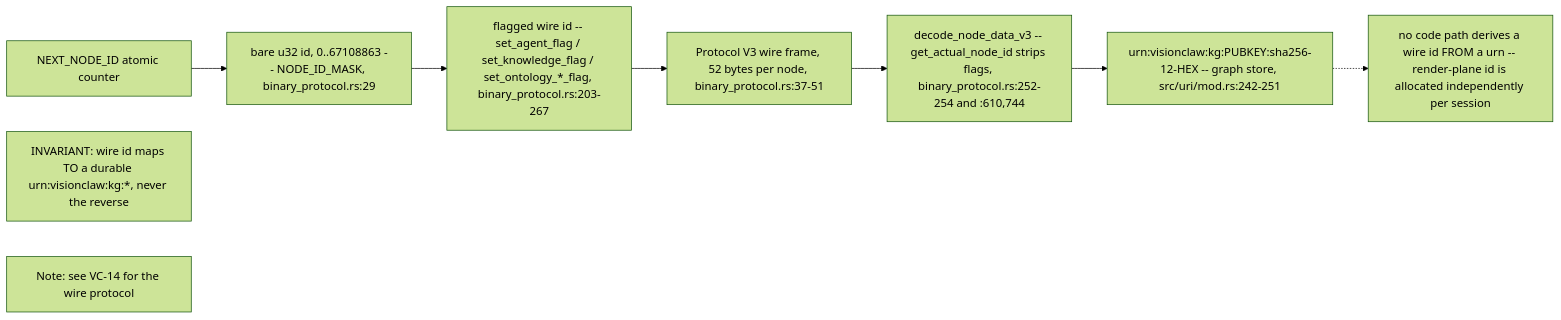
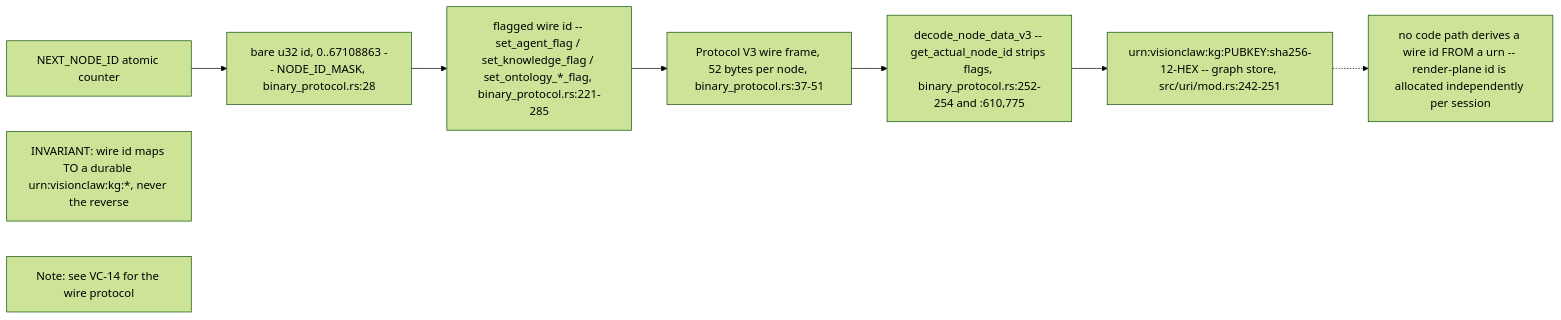
Before and after one commit to DreamLab-AI/VisionFlow: the eighth of 10 diagrams in docs/diagrams/visionclaw/23-identifiers-urn-did-sha12.md, drawn with Mermaid (forest theme). The commit also changed other lines of this file and 10 other files, not shown here.

First line of the commit message:
docs(diagrams): close ER-1 to ER-4 and ER-33 across ten topics, re-stamped

````diff
--- a/docs/diagrams/visionclaw/23-identifiers-urn-did-sha12.md
+++ b/docs/diagrams/visionclaw/23-identifiers-urn-did-sha12.md
@@ -306,11 +307,11 @@
 ```mermaid
 flowchart LR
-    Counter["NEXT_NODE_ID atomic counter"] --> BareId["bare u32 id, 0..67108863 -- NODE_ID_MASK, binary_protocol.rs:29"]
-    BareId --> Flagged["flagged wire id -- set_agent_flag / set_knowledge_flag / set_ontology_*_flag, binary_protocol.rs:203-267"]
+    Counter["NEXT_NODE_ID atomic counter"] --> BareId["bare u32 id, 0..67108863 -- NODE_ID_MASK, binary_protocol.rs:28"]
+    BareId --> Flagged["flagged wire id -- set_agent_flag / set_knowledge_flag / set_ontology_*_flag, binary_protocol.rs:221-285"]
     Flagged --> Wire["Protocol V3 wire frame, 52 bytes per node, binary_protocol.rs:37-51"]
-    Wire --> Decode["decode_node_data_v3 -- get_actual_node_id strips flags, binary_protocol.rs:252-254 and :610,744"]
+    Wire --> Decode["decode_node_data_v3 -- get_actual_node_id strips flags, binary_protocol.rs:252-254 and :610,775"]
     Decode --> Durable["urn:visionclaw:kg:PUBKEY:sha256-12-HEX -- graph store, src/uri/mod.rs:242-251"]
     Durable -.-> NoReverse["no code path derives a wire id FROM a urn -- render-plane id is allocated independently per session"]
     Inv["INVARIANT: wire id maps TO a durable urn:visionclaw:kg:*, never the reverse"]
     SeeNote["Note: see VC-14 for the wire protocol"]
 ```
````
